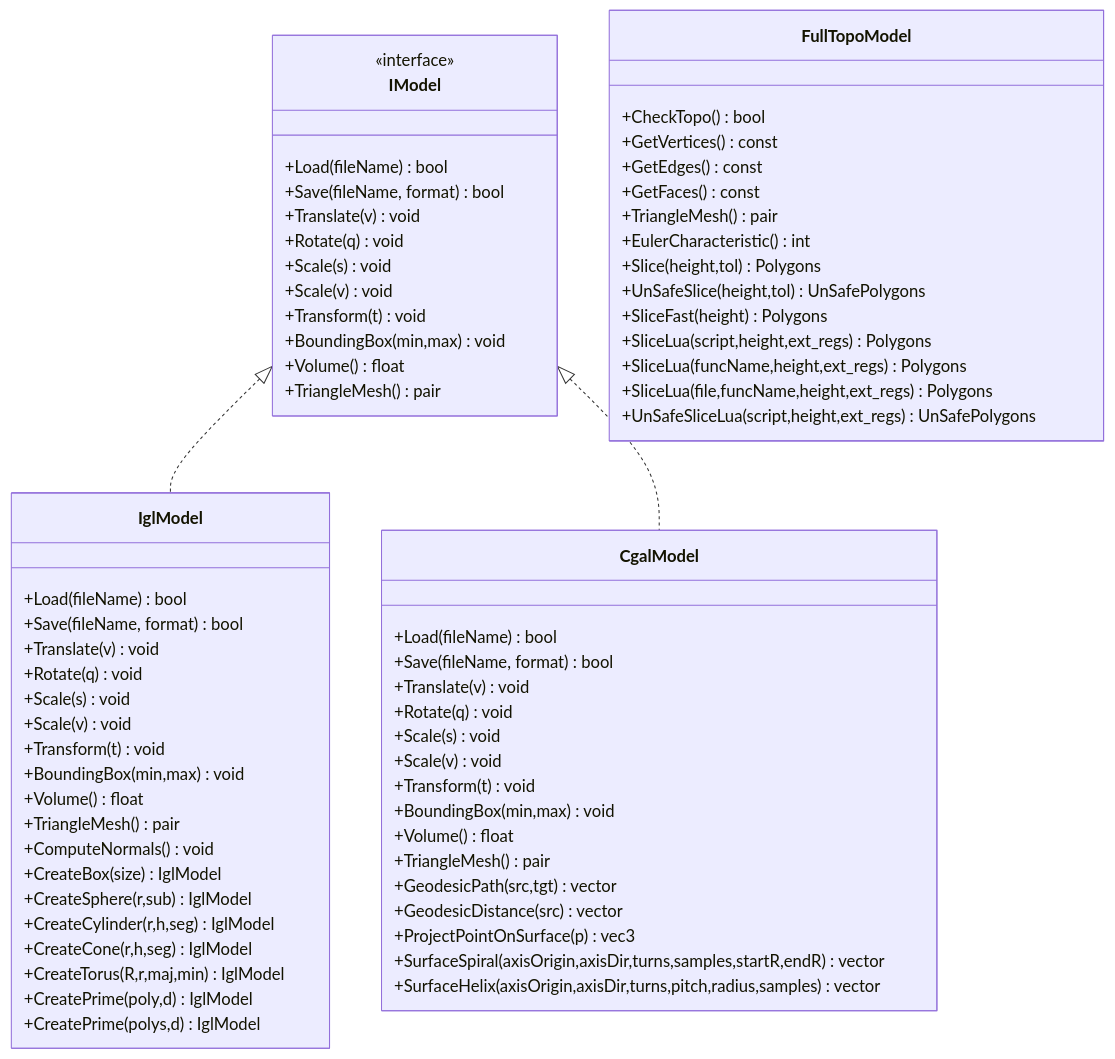
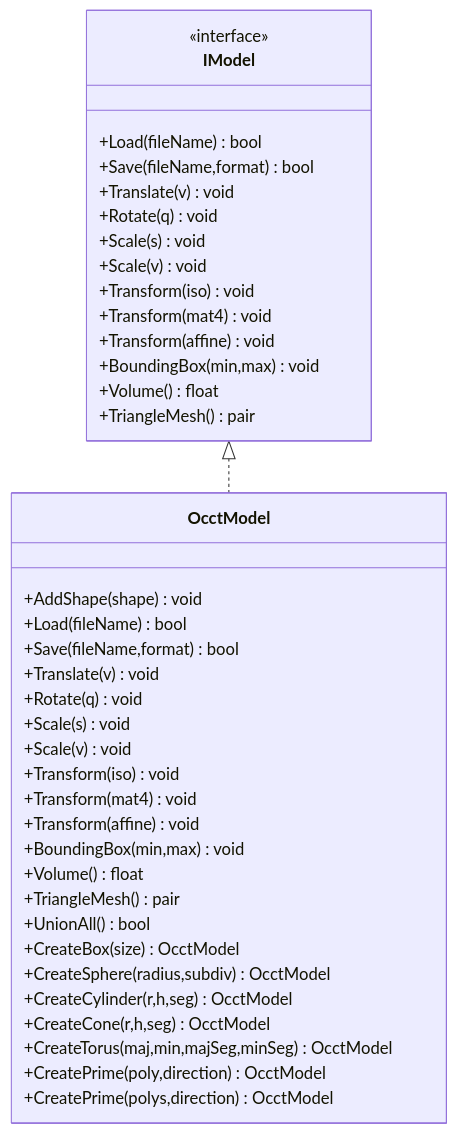
One commit to hsmbanlance/HsBaSlicer changed the seventh of 11 diagrams in .qoder/repowiki/zh/content/核心模块详解/核心模块详解.md. Above: the diagram before and after it, drawn with Mermaid. The commit also changed other lines of this file and 1095 other files, not shown here.

````diff
--- a/.qoder/repowiki/zh/content/核心模块详解/核心模块详解.md
+++ b/.qoder/repowiki/zh/content/核心模块详解/核心模块详解.md
@@ -166,70 +276,42 @@
 ```mermaid
 classDiagram
 class IModel {
 <<interface>>
 +Load(fileName) bool
-+Save(fileName, format) bool
++Save(fileName,format) bool
 +Translate(v) void
 +Rotate(q) void
 +Scale(s) void
 +Scale(v) void
-+Transform(t) void
++Transform(iso) void
++Transform(mat4) void
++Transform(affine) void
 +BoundingBox(min,max) void
 +Volume() float
 +TriangleMesh() pair
 }
-class IglModel {
+class OcctModel {
++AddShape(shape) void
 +Load(fileName) bool
-+Save(fileName, format) bool
++Save(fileName,format) bool
 +Translate(v) void
 +Rotate(q) void
 +Scale(s) void
 +Scale(v) void
-+Transform(t) void
++Transform(iso) void
++Transform(mat4) void
++Transform(affine) void
 +BoundingBox(min,max) void
 +Volume() float
 +TriangleMesh() pair
-+ComputeNormals() void
-+CreateBox(size) IglModel
-+CreateSphere(r,sub) IglModel
-+CreateCylinder(r,h,seg) IglModel
-+CreateCone(r,h,seg) IglModel
-+CreateTorus(R,r,maj,min) IglModel
-+CreatePrime(poly,d) IglModel
-+CreatePrime(polys,d) IglModel
++UnionAll() bool
++CreateBox(size) OcctModel
++CreateSphere(radius,subdiv) OcctModel
++CreateCylinder(r,h,seg) OcctModel
++CreateCone(r,h,seg) OcctModel
++CreateTorus(maj,min,majSeg,minSeg) OcctModel
++CreatePrime(poly,direction) OcctModel
++CreatePrime(polys,direction) OcctModel
 }
-class CgalModel {
-+Load(fileName) bool
-+Save(fileName, format) bool
-+Translate(v) void
-+Rotate(q) void
-+Scale(s) void
-+Scale(v) void
-+Transform(t) void
-+BoundingBox(min,max) void
-+Volume() float
-+TriangleMesh() pair
-+GeodesicPath(src,tgt) vector
-+GeodesicDistance(src) vector
-+ProjectPointOnSurface(p) vec3
-+SurfaceSpiral(axisOrigin,axisDir,turns,samples,startR,endR) vector
-+SurfaceHelix(axisOrigin,axisDir,turns,pitch,radius,samples) vector
-}
-class FullTopoModel {
-+CheckTopo() bool
-+GetVertices() const
-+GetEdges() const
-+GetFaces() const
-+TriangleMesh() pair
-+EulerCharacteristic() int
-+Slice(height,tol) Polygons
-+UnSafeSlice(height,tol) UnSafePolygons
-+SliceFast(height) Polygons
-+SliceLua(script,height,ext_regs) Polygons
-+SliceLua(funcName,height,ext_regs) Polygons
-+SliceLua(file,funcName,height,ext_regs) Polygons
-+UnSafeSliceLua(script,height,ext_regs) UnSafePolygons
-}
-IModel <|.. IglModel
-IModel <|.. CgalModel
+IModel <|.. OcctModel
 ```
````
